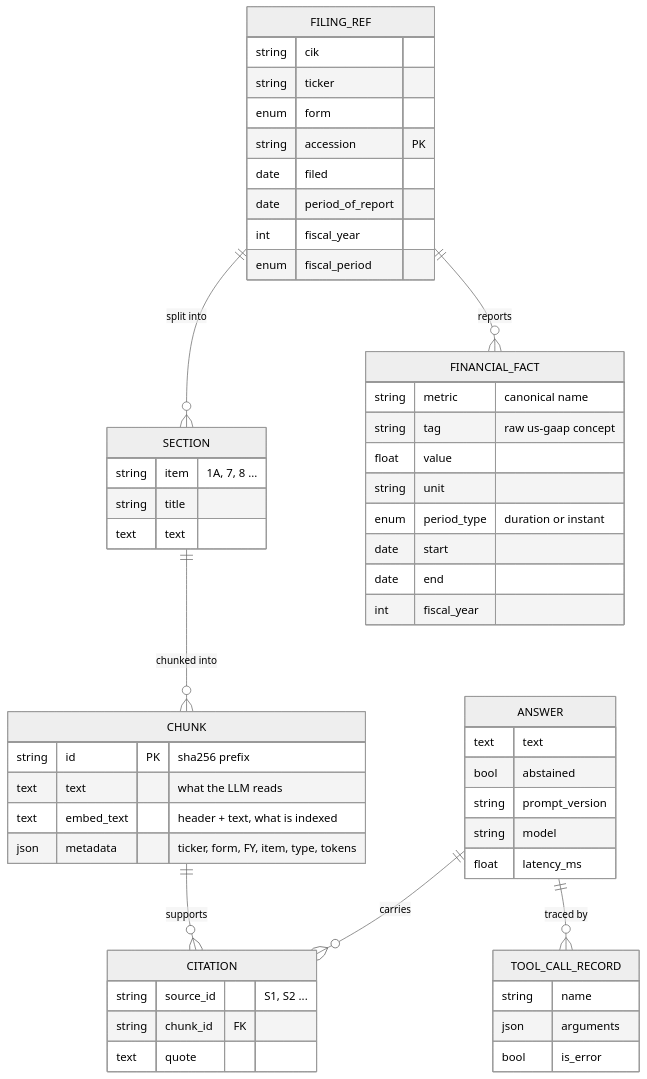
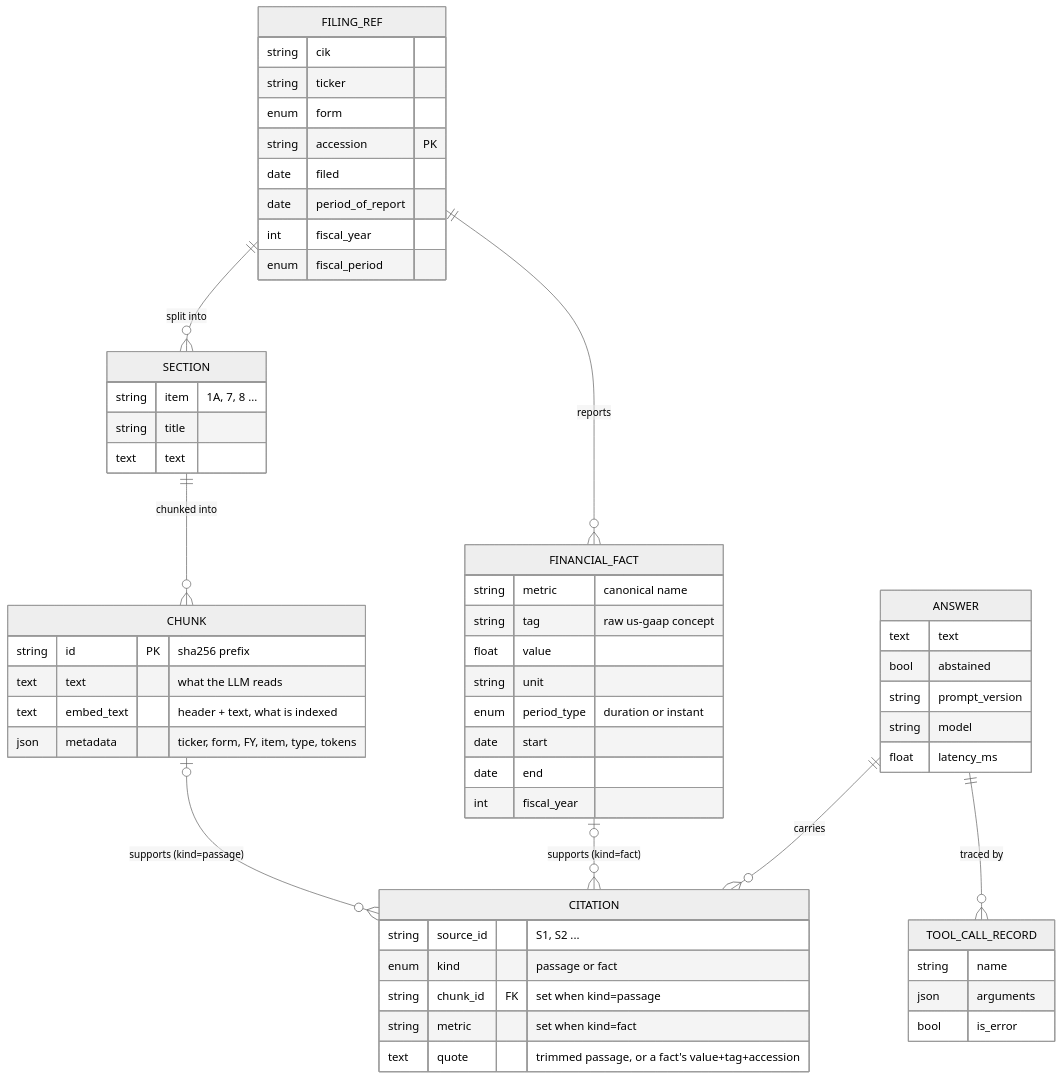
One commit to Rizzzyyy1/grounded-sec-research-assistant changed the fifth of 6 diagrams in docs/ARCHITECTURE.md. Above: the diagram before and after it, drawn with Mermaid (neutral theme). The commit also changed 24 other files, not shown here.

````diff
--- a/docs/ARCHITECTURE.md
+++ b/docs/ARCHITECTURE.md
@@ -143,58 +143,61 @@
 ```mermaid
 erDiagram
     FILING_REF ||--o{ SECTION : "split into"
     SECTION ||--o{ CHUNK : "chunked into"
     FILING_REF ||--o{ FINANCIAL_FACT : "reports"
-    CHUNK ||--o{ CITATION : "supports"
+    CHUNK |o--o{ CITATION : "supports (kind=passage)"
+    FINANCIAL_FACT |o--o{ CITATION : "supports (kind=fact)"
     ANSWER ||--o{ CITATION : "carries"
     ANSWER ||--o{ TOOL_CALL_RECORD : "traced by"
 
     FILING_REF {
         string cik
         string ticker
         enum form
         string accession PK
         date filed
         date period_of_report
         int fiscal_year
         enum fiscal_period
     }
     SECTION {
         string item "1A, 7, 8 ..."
         string title
         text text
     }
     CHUNK {
         string id PK "sha256 prefix"
         text text "what the LLM reads"
         text embed_text "header + text, what is indexed"
         json metadata "ticker, form, FY, item, type, tokens"
     }
     FINANCIAL_FACT {
         string metric "canonical name"
         string tag "raw us-gaap concept"
         float value
         string unit
         enum period_type "duration or instant"
         date start
         date end
         int fiscal_year
     }
     ANSWER {
         text text
         bool abstained
         string prompt_version
         string model
         float latency_ms
     }
     CITATION {
         string source_id "S1, S2 ..."
-        string chunk_id FK
-        text quote
+        enum kind "passage or fact"
+        string chunk_id FK "set when kind=passage"
+        string metric "set when kind=fact"
+        text quote "trimmed passage, or a fact's value+tag+accession"
     }
     TOOL_CALL_RECORD {
         string name
         json arguments
         bool is_error
     }
 ```
````
